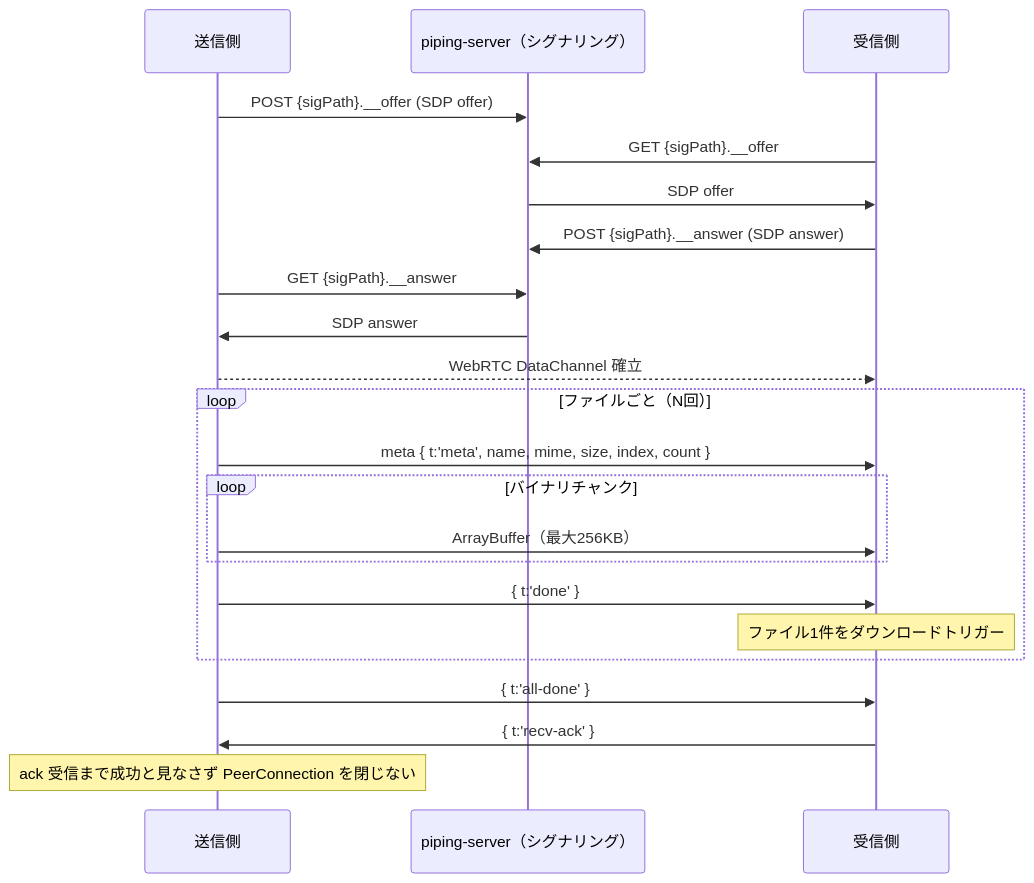
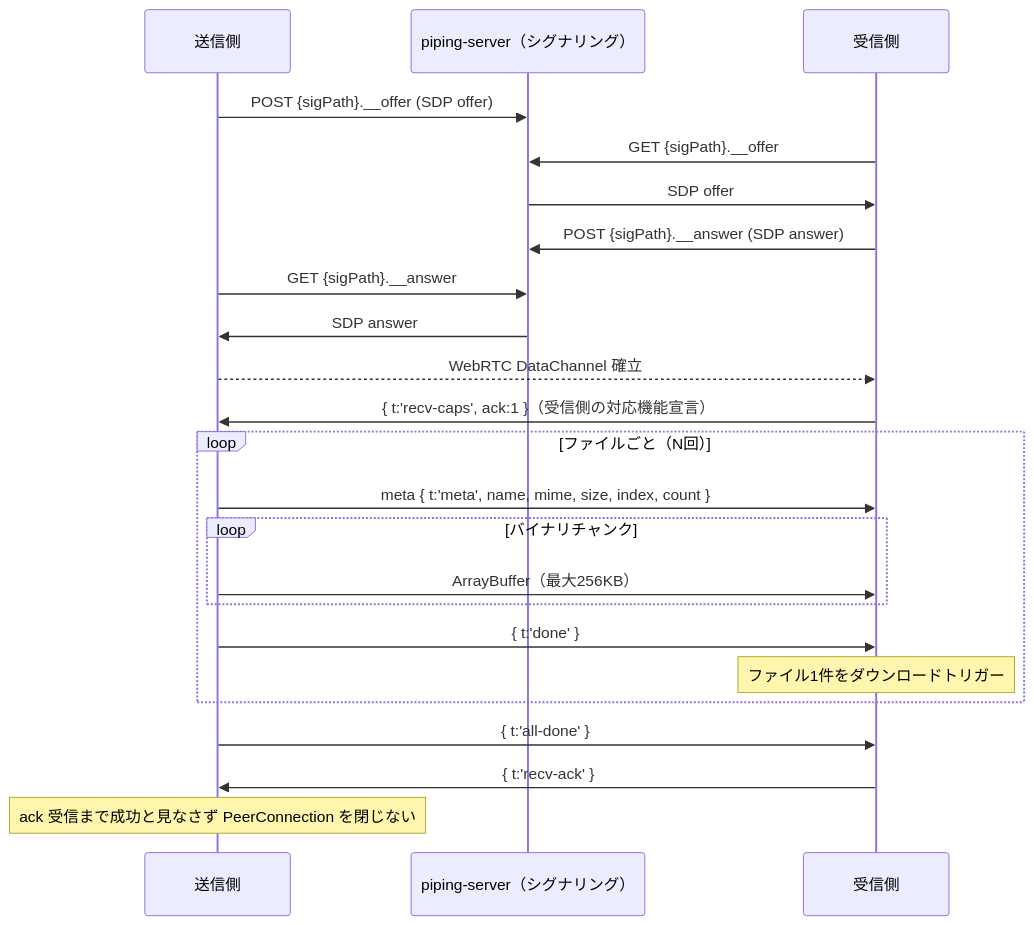
Before and after one commit to afjk/afjk.jp: the sixth of 10 diagrams in docs/pipe-spec.md, drawn with Mermaid. The commit also changed other lines of this file and 2 other files, not shown here.

First line of the commit message:
pipe: recv-ack 必須化による P2P 速度低下を修正（機能ネゴシエーション化 + cache-buster 更新） (#495)

````diff
--- a/docs/pipe-spec.md
+++ b/docs/pipe-spec.md
@@ -249,26 +249,27 @@
 ```mermaid
 sequenceDiagram
     participant A as 送信側
     participant P as piping-server（シグナリング）
     participant B as 受信側
 
     A->>P: POST {sigPath}.__offer (SDP offer)
     B->>P: GET {sigPath}.__offer
     P->>B: SDP offer
     B->>P: POST {sigPath}.__answer (SDP answer)
     A->>P: GET {sigPath}.__answer
     P->>A: SDP answer
     A-->>B: WebRTC DataChannel 確立
+    B->>A: { t:'recv-caps', ack:1 }（受信側の対応機能宣言）
 
     loop ファイルごと（N回）
         A->>B: meta { t:'meta', name, mime, size, index, count }
         loop バイナリチャンク
             A->>B: ArrayBuffer（最大256KB）
         end
         A->>B: { t:'done' }
         Note over B: ファイル1件をダウンロードトリガー
     end
     A->>B: { t:'all-done' }
     B->>A: { t:'recv-ack' }
     Note over A: ack 受信まで成功と見なさず PeerConnection を閉じない
 ```
````
